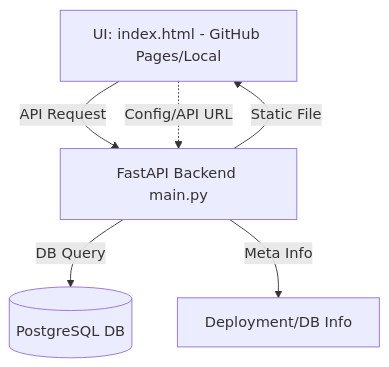
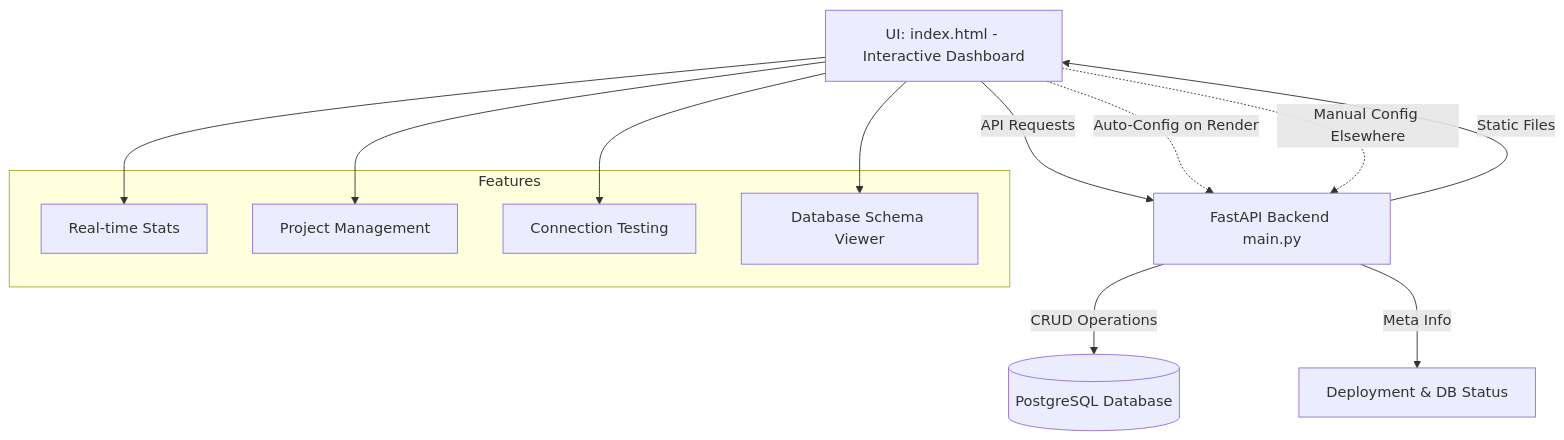
The diagram in README.md (Life-Experimentalist/CounterAPI), drawn with Mermaid before and after one commit. The commit also changed other lines of this file and 10 other files, not shown here.

````diff
--- a/README.md
+++ b/README.md
@@ -34,8 +41,21 @@
 ```mermaid
 flowchart TD
-  A[UI: index.html - GitHub Pages/Local] -->|API Request| B[FastAPI Backend main.py]
-  B -->|DB Query| C[(PostgreSQL DB)]
-  B -->|Static File| A
-  B -->|Meta Info| D[Deployment/DB Info]
-  A -.->|Config/API URL| B
+  A[UI: index.html - Interactive Dashboard] -->|API Requests| B[FastAPI Backend main.py]
+  B -->|CRUD Operations| C[(PostgreSQL Database)]
+  B -->|Static Files| A
+  B -->|Meta Info| D[Deployment & DB Status]
+  A -.->|Auto-Config on Render| B
+  A -.->|Manual Config Elsewhere| B
+
+  subgraph "Features"
+    E[Real-time Stats]
+    F[Project Management]
+    G[Connection Testing]
+    H[Database Schema Viewer]
+  end
+
+  A --> E
+  A --> F
+  A --> G
+  A --> H
 ```
````
